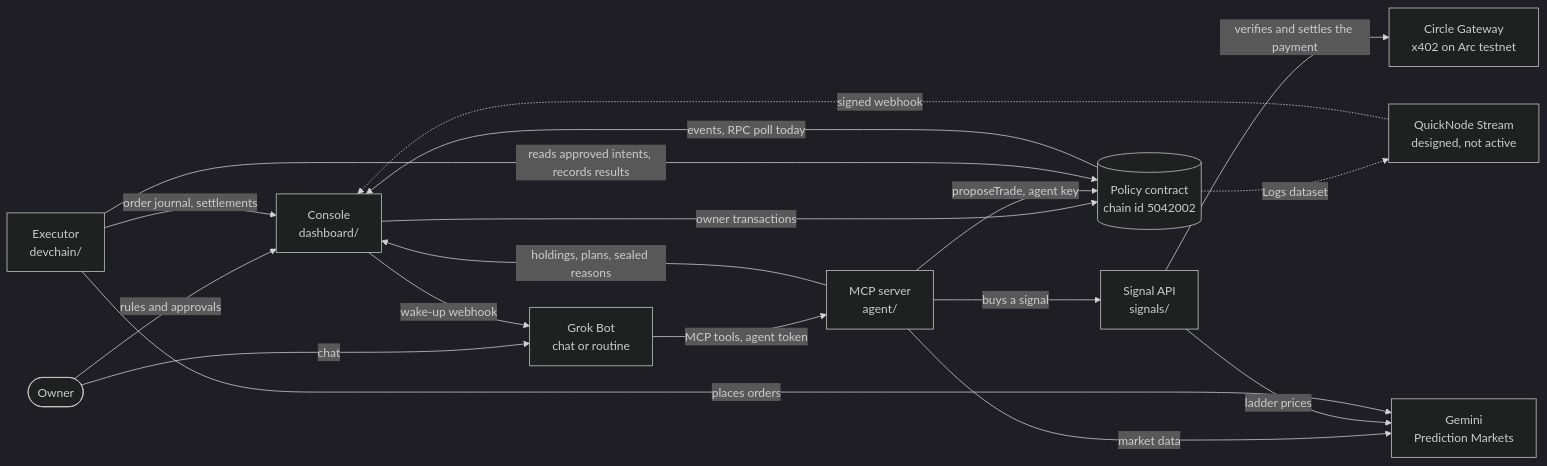
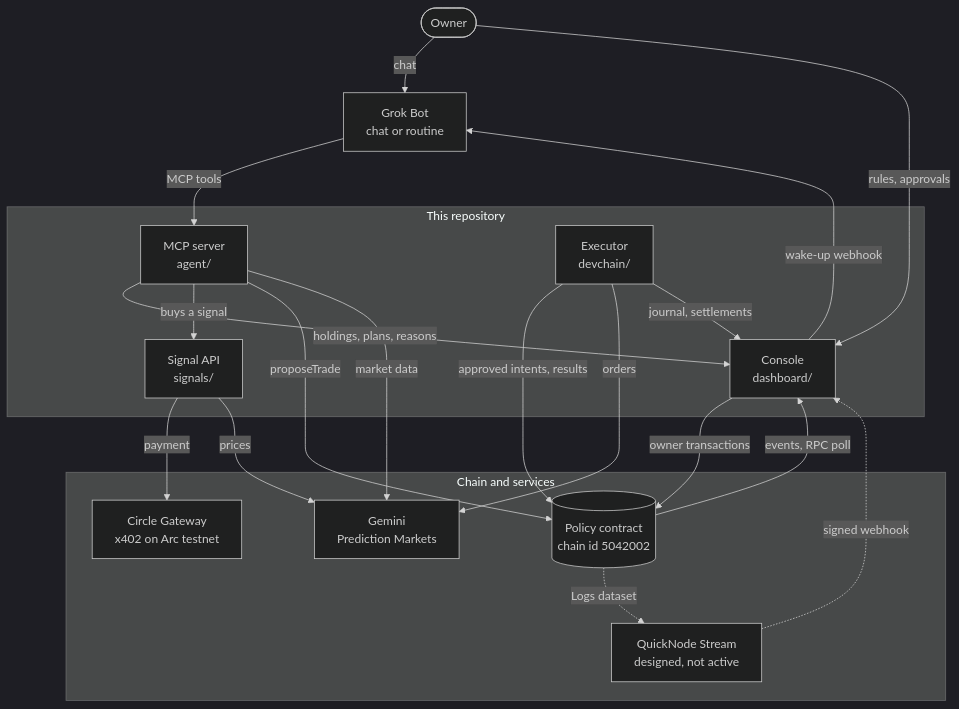
Before and after one commit to DoctorFlu/UBC: the diagram in README.md, drawn with Mermaid (dark theme).

Commit message:
docs(readme): lay the architecture diagram out top to bottom, so it reads at the README's width

````diff
--- a/README.md
+++ b/README.md
@@ -23,31 +23,37 @@
 ```mermaid
-flowchart LR
+flowchart TB
     Owner([Owner])
     Grok["Grok Bot<br/>chat or routine"]
-    Console["Console<br/>dashboard/"]
-    MCP["MCP server<br/>agent/"]
-    Signals["Signal API<br/>signals/"]
-    Executor["Executor<br/>devchain/"]
-    Policy[("Policy contract<br/>chain id 5042002")]
-    Gemini["Gemini<br/>Prediction Markets"]
-    Gateway["Circle Gateway<br/>x402 on Arc testnet"]
-    Streams["QuickNode Stream<br/>designed, not active"]
 
-    Owner -- "rules and approvals" --> Console
+    subgraph repo["This repository"]
+        Console["Console<br/>dashboard/"]
+        MCP["MCP server<br/>agent/"]
+        Signals["Signal API<br/>signals/"]
+        Executor["Executor<br/>devchain/"]
+    end
+
+    subgraph outside["Chain and services"]
+        Policy[("Policy contract<br/>chain id 5042002")]
+        Gemini["Gemini<br/>Prediction Markets"]
+        Gateway["Circle Gateway<br/>x402 on Arc testnet"]
+        Streams["QuickNode Stream<br/>designed, not active"]
+    end
+
+    Owner -- "chat" --> Grok
+    Owner -- "rules, approvals" --> Console
+    Console -- "wake-up webhook" --> Grok
+    Grok -- "MCP tools" --> MCP
+    MCP -- "holdings, plans, reasons" --> Console
+    MCP -- "buys a signal" --> Signals
+    MCP -- "proposeTrade" --> Policy
+    MCP -- "market data" --> Gemini
     Console -- "owner transactions" --> Policy
-    Owner -- "chat" --> Grok
-    Console -- "wake-up webhook" --> Grok
-    Grok -- "MCP tools, agent token" --> MCP
-    MCP -- "proposeTrade, agent key" --> Policy
-    MCP -- "holdings, plans, sealed reasons" --> Console
-    MCP -- "market data" --> Gemini
-    MCP -- "buys a signal" --> Signals
-    Signals -- "verifies and settles the payment" --> Gateway
-    Signals -- "ladder prices" --> Gemini
-    Executor -- "reads approved intents, records results" --> Policy
-    Executor -- "places orders" --> Gemini
-    Executor -- "order journal, settlements" --> Console
-    Policy -- "events, RPC poll today" --> Console
+    Policy -- "events, RPC poll" --> Console
+    Signals -- "payment" --> Gateway
+    Signals -- "prices" --> Gemini
+    Executor -- "approved intents, results" --> Policy
+    Executor -- "orders" --> Gemini
+    Executor -- "journal, settlements" --> Console
     Policy -. "Logs dataset" .-> Streams
     Streams -. "signed webhook" .-> Console
 ```
````
